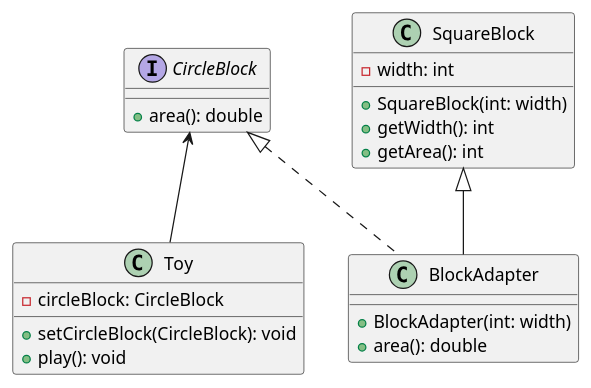
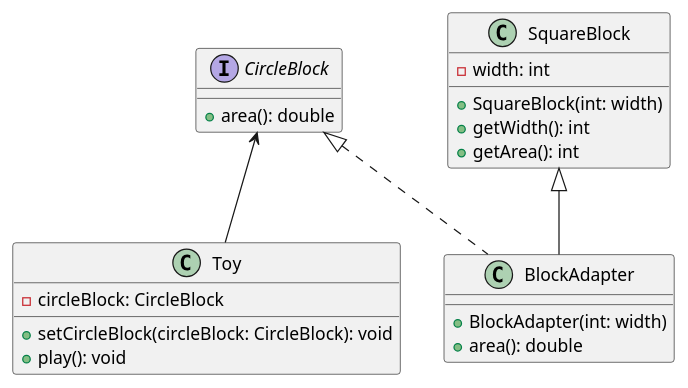
Before and after one commit to ImSejin/TIL: the diagram in .gitbook/uml/programming/design-pattern/structural/adapter/class-adapter.puml, drawn with PlantUML. The commit also changed 1 other file, not shown here.

Commit message:
Update: assets/uml

```diff
--- a/.gitbook/uml/programming/design-pattern/structural/adapter/class-adapter.puml
+++ b/.gitbook/uml/programming/design-pattern/structural/adapter/class-adapter.puml
@@ -1,31 +1,31 @@
 @startuml
 
 interface CircleBlock {
     + area(): double
 }
 
 class Toy {
     - circleBlock: CircleBlock
 
-    + setCircleBlock(CircleBlock): void
+    + setCircleBlock(circleBlock: CircleBlock): void
     + play(): void
 }
 
 class SquareBlock {
     - width: int
 
     + SquareBlock(int: width)
     + getWidth(): int
     + getArea(): int
 }
 
 class BlockAdapter {
     + BlockAdapter(int: width)
     + area(): double
 }
 
 CircleBlock <-- Toy
 CircleBlock <|.. BlockAdapter
 SquareBlock <|-- BlockAdapter
 
 @enduml
```
